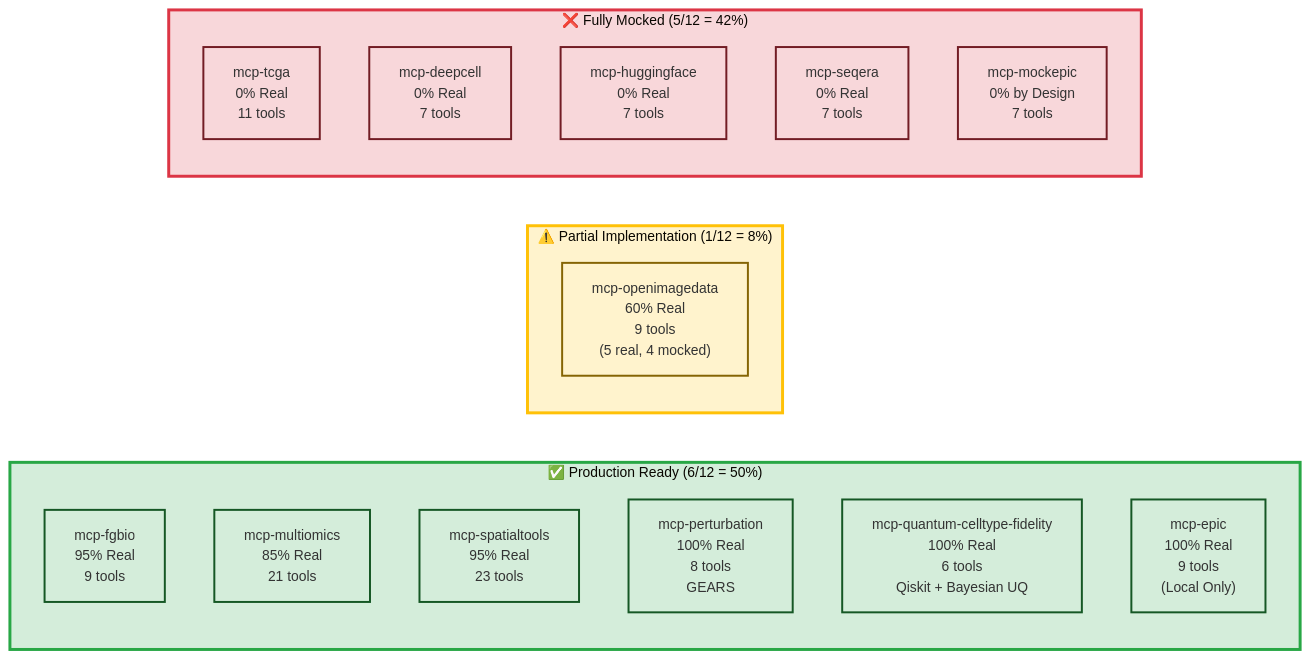
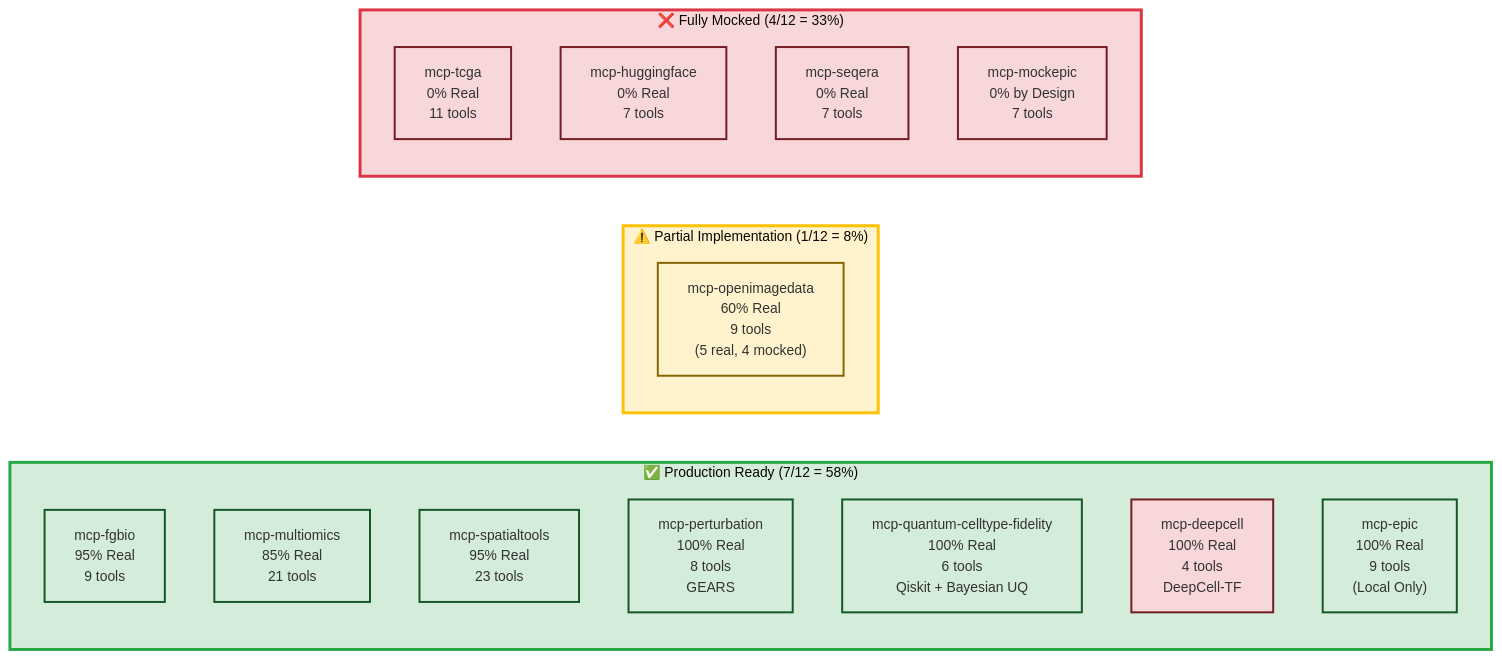
One commit to raymond301/precision-medicine-mcp changed the diagram in docs/architecture/servers.md. Above: the diagram before and after it, drawn with Mermaid. The commit also changed other lines of this file and 5 other files, not shown here.

First line of the commit message:
Update documentation: mcp-deepcell now production (Phase 1)

````diff
--- a/docs/architecture/servers.md
+++ b/docs/architecture/servers.md
@@ -46,46 +46,46 @@
 ```mermaid
 %%{init: {'theme':'base', 'themeVariables': {'fontSize':'14px'}}}%%
 graph LR
-    subgraph Production["✅ Production Ready (6/12 = 50%)"]
+    subgraph Production["✅ Production Ready (7/12 = 58%)"]
         direction TB
         FGBIO["mcp-fgbio<br/>95% Real<br/>9 tools"]
         MULTI["mcp-multiomics<br/>85% Real<br/>21 tools"]
         SPATIAL["mcp-spatialtools<br/>95% Real<br/>23 tools"]
         PERTURB["mcp-perturbation<br/>100% Real<br/>8 tools<br/>GEARS"]
         QUANTUM["mcp-quantum-celltype-fidelity<br/>100% Real<br/>6 tools<br/>Qiskit + Bayesian UQ"]
+        DEEP["mcp-deepcell<br/>100% Real<br/>4 tools<br/>DeepCell-TF"]
         EPIC["mcp-epic<br/>100% Real<br/>9 tools<br/>(Local Only)"]
     end
 
     subgraph Partial["⚠️ Partial Implementation (1/12 = 8%)"]
         direction TB
         IMAGE["mcp-openimagedata<br/>60% Real<br/>9 tools<br/>(5 real, 4 mocked)"]
     end
 
-    subgraph Mocked["❌ Fully Mocked (5/12 = 42%)"]
+    subgraph Mocked["❌ Fully Mocked (4/12 = 33%)"]
         direction TB
         TCGA["mcp-tcga<br/>0% Real<br/>11 tools"]
-        DEEP["mcp-deepcell<br/>0% Real<br/>7 tools"]
         HF["mcp-huggingface<br/>0% Real<br/>7 tools"]
         SEQ["mcp-seqera<br/>0% Real<br/>7 tools"]
         MOCK["mcp-mockepic<br/>0% by Design<br/>7 tools"]
     end
 
     style Production fill:#d4edda,stroke:#28a745,stroke-width:3px
     style Partial fill:#fff3cd,stroke:#ffc107,stroke-width:3px
     style Mocked fill:#f8d7da,stroke:#dc3545,stroke-width:3px
 
     style FGBIO fill:#d4edda,stroke:#155724,stroke-width:2px
     style MULTI fill:#d4edda,stroke:#155724,stroke-width:2px
     style SPATIAL fill:#d4edda,stroke:#155724,stroke-width:2px
     style PERTURB fill:#d4edda,stroke:#155724,stroke-width:2px
     style QUANTUM fill:#d4edda,stroke:#155724,stroke-width:2px
     style EPIC fill:#d4edda,stroke:#155724,stroke-width:2px
 
     style IMAGE fill:#fff3cd,stroke:#856404,stroke-width:2px
 
     style TCGA fill:#f8d7da,stroke:#721c24,stroke-width:2px
     style DEEP fill:#f8d7da,stroke:#721c24,stroke-width:2px
     style HF fill:#f8d7da,stroke:#721c24,stroke-width:2px
     style SEQ fill:#f8d7da,stroke:#721c24,stroke-width:2px
     style MOCK fill:#f8d7da,stroke:#721c24,stroke-width:2px
 ```
````
